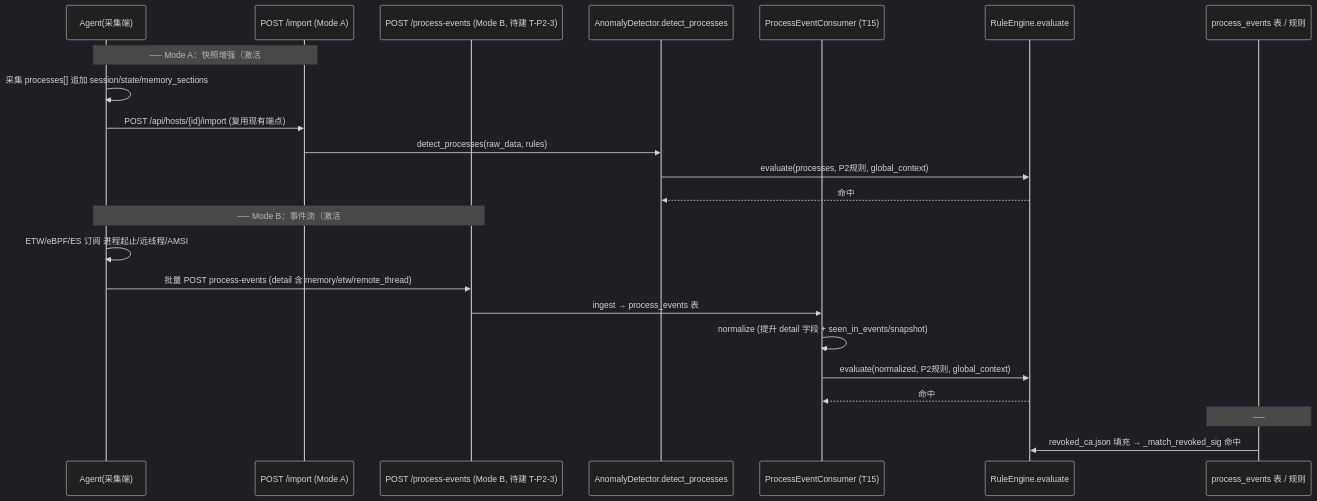
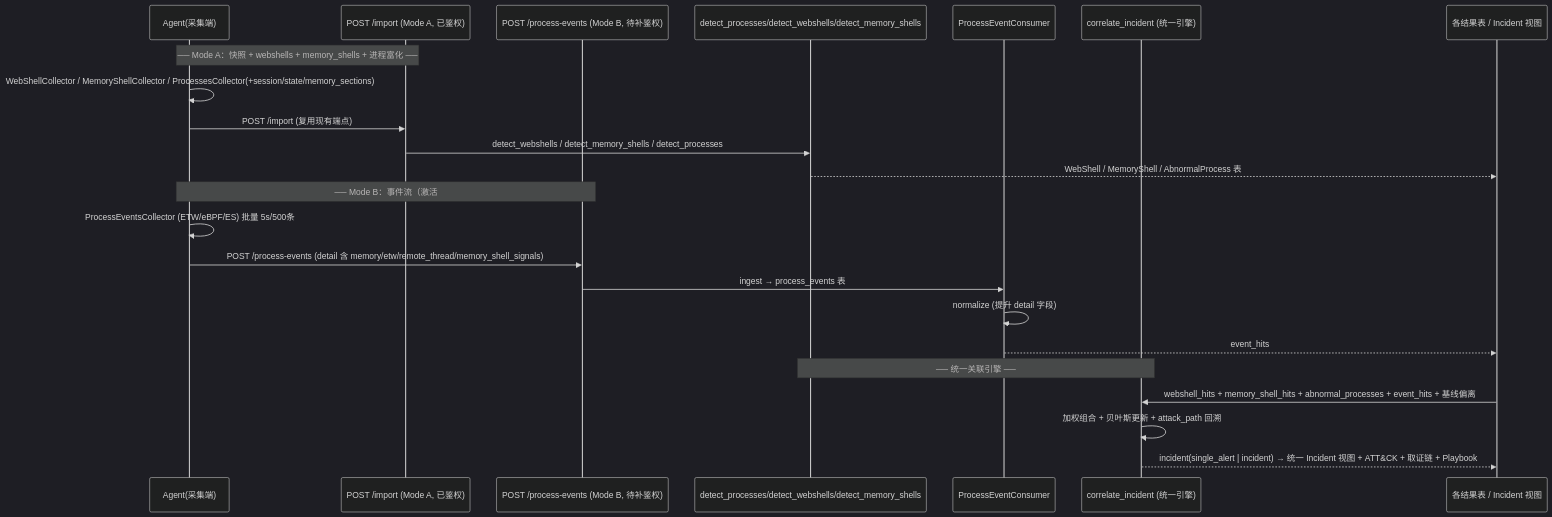
Before and after one commit to xyz0915/ir-platform: the diagram in docs/sequence-diagram.mermaid, drawn with Mermaid (dark theme). The commit also changed 4 other files, not shown here.

```diff
--- a/docs/sequence-diagram.mermaid
+++ b/docs/sequence-diagram.mermaid
@@ -1,26 +1,26 @@
 sequenceDiagram
     participant A as Agent(采集端)
-    participant Imp as POST /import (Mode A)
-    participant Ev as POST /process-events (Mode B, 待建 T-P2-3)
-    participant AD as AnomalyDetector.detect_processes
-    participant PE as ProcessEventConsumer (T15)
-    participant RE as RuleEngine.evaluate
-    participant DB as process_events 表 / 规则
+    participant Imp as POST /import (Mode A, 已鉴权)
+    participant PE as POST /process-events (Mode B, 待补鉴权)
+    participant AD as detect_processes/detect_webshells/detect_memory_shells
+    participant PEC as ProcessEventConsumer
+    participant COR as correlate_incident (统一引擎)
+    participant DB as 各结果表 / Incident 视图
 
-    Note over A,Imp: ── Mode A：快照增强（激活 #1/#2/#4）──
-    A->>A: 采集 processes[] 追加 session/state/memory_sections
-    A->>Imp: POST /api/hosts/{id}/import (复用现有端点)
-    Imp->>AD: detect_processes(raw_data, rules)
-    AD->>RE: evaluate(processes, P2规则, global_context)
-    RE-->>AD: 命中 #1/#2/#4 → abnormal_processes
+    Note over A,Imp: ── Mode A：快照 + webshells + memory_shells + 进程富化 ──
+    A->>A: WebShellCollector / MemoryShellCollector / ProcessesCollector(+session/state/memory_sections)
+    A->>Imp: POST /import (复用现有端点)
+    Imp->>AD: detect_webshells / detect_memory_shells / detect_processes
+    AD-->>DB: WebShell / MemoryShell / AbnormalProcess 表
 
-    Note over A,Ev: ── Mode B：事件流（激活 #3/#5/#6）──
-    A->>A: ETW/eBPF/ES 订阅 进程起止/远线程/AMSI
-    A->>Ev: 批量 POST process-events (detail 含 memory/etw/remote_thread)
-    Ev->>PE: ingest → process_events 表
-    PE->>PE: normalize (提升 detail 字段 + seen_in_events/snapshot)
-    PE->>RE: evaluate(normalized, P2规则, global_context)
-    RE-->>PE: 命中 #3/#5/#6
+    Note over A,PE: ── Mode B：事件流（激活 #3/#5/#6 + 内存马关联）──
+    A->>A: ProcessEventsCollector (ETW/eBPF/ES) 批量 5s/500条
+    A->>PE: POST /process-events (detail 含 memory/etw/remote_thread/memory_shell_signals)
+    PE->>PEC: ingest → process_events 表
+    PEC->>PEC: normalize (提升 detail 字段)
+    PEC-->>DB: event_hits
 
-    Note over DB: ── #7 后端侧数据源（与平台无关）──
-    DB->>RE: revoked_ca.json 填充 → _match_revoked_sig 命中 #7
+    Note over AD,COR: ── 统一关联引擎 ──
+    DB->>COR: webshell_hits + memory_shell_hits + abnormal_processes + event_hits + 基线偏离
+    COR->>COR: 加权组合 + 贝叶斯更新 + attack_path 回溯
+    COR-->>DB: incident(single_alert | incident) → 统一 Incident 视图 + ATT&CK + 取证链 + Playbook
```
